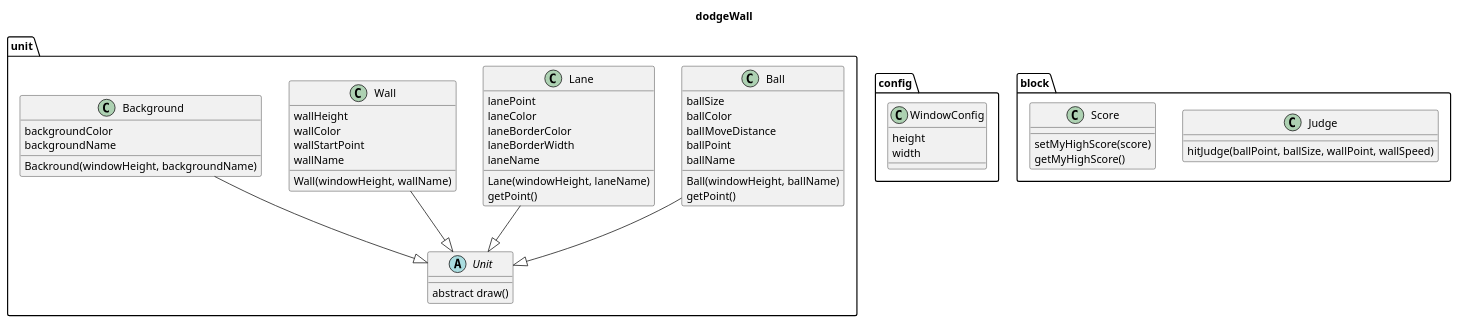
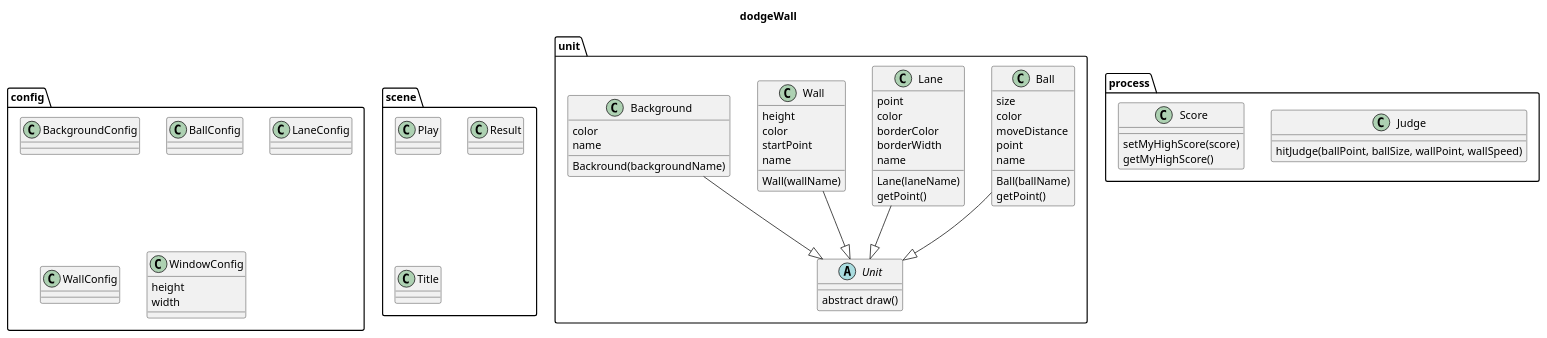
The diagram in documents/uml/class/class.pu (tokutatsu/DodgeWall), drawn with PlantUML before and after one commit. The commit also changed 1 other file, not shown here.

Commit message:
クラス図を更新した #3

```diff
--- a/documents/uml/class/class.pu
+++ b/documents/uml/class/class.pu
@@ -1,71 +1,100 @@
 @startuml class
 title dodgeWall
 
 package unit {
     abstract Unit {
         abstract draw()
     }
 
     class Ball {
-        ballSize
-        ballColor
-        ballMoveDistance
-        ballPoint
-        ballName
+        size
+        color
+        moveDistance
+        point
+        name
 
-        Ball(windowHeight, ballName)
+        Ball(ballName)
         getPoint()
     }
 
     class Lane {
-        lanePoint
-        laneColor
-        laneBorderColor
-        laneBorderWidth
-        laneName
+        point
+        color
+        borderColor
+        borderWidth
+        name
 
-        Lane(windowHeight, laneName)
+        Lane(laneName)
         getPoint()
     }
 
     class Wall {
-        wallHeight
-        wallColor
-        wallStartPoint
-        wallName
+        height
+        color
+        startPoint
+        name
 
-        Wall(windowHeight, wallName)
+        Wall(wallName)
     }
 
     class Background {
-        backgroundColor
-        backgroundName
+        color
+        name
 
-        Backround(windowHeight, backgroundName)
+        Backround(backgroundName)
     }
 }
 
 package config {
+    class BackgroundConfig {
+    }
+    
+    class BallConfig {
+
+    }
+
+    class LaneConfig {
+
+    }
+
+    class WallConfig {
+
+    }
+
     class WindowConfig {
         height
         width
     }
 }
 
-package block {
+package scene {
+    class Play {
+
+    }
+
+    class Result {
+
+    }
+    
+    class Title {
+        
+    }
+}
+
+package process {
     class Judge {
         hitJudge(ballPoint, ballSize, wallPoint, wallSpeed)
     }
 
     class Score {
         setMyHighScore(score)
         getMyHighScore()
     }
 }
 
 Ball --|> Unit
 Wall --|> Unit
 Lane --|> Unit
 Background --|> Unit
 
 @enduml
```
